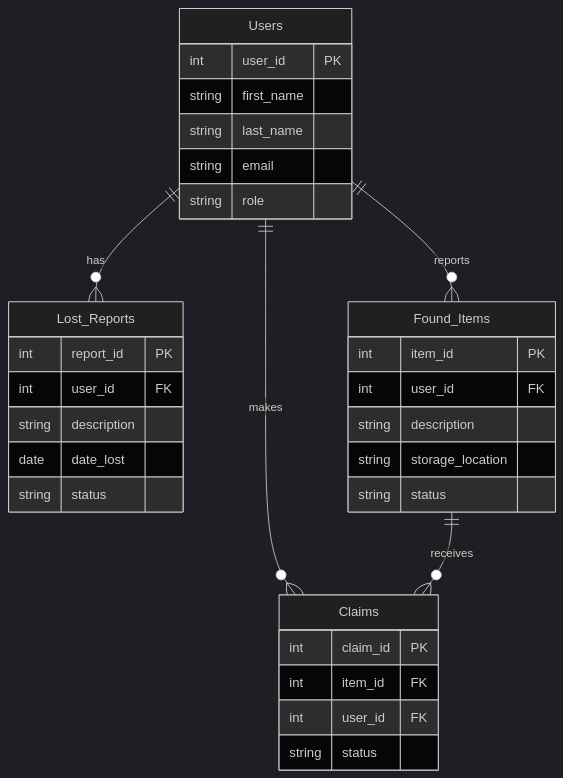
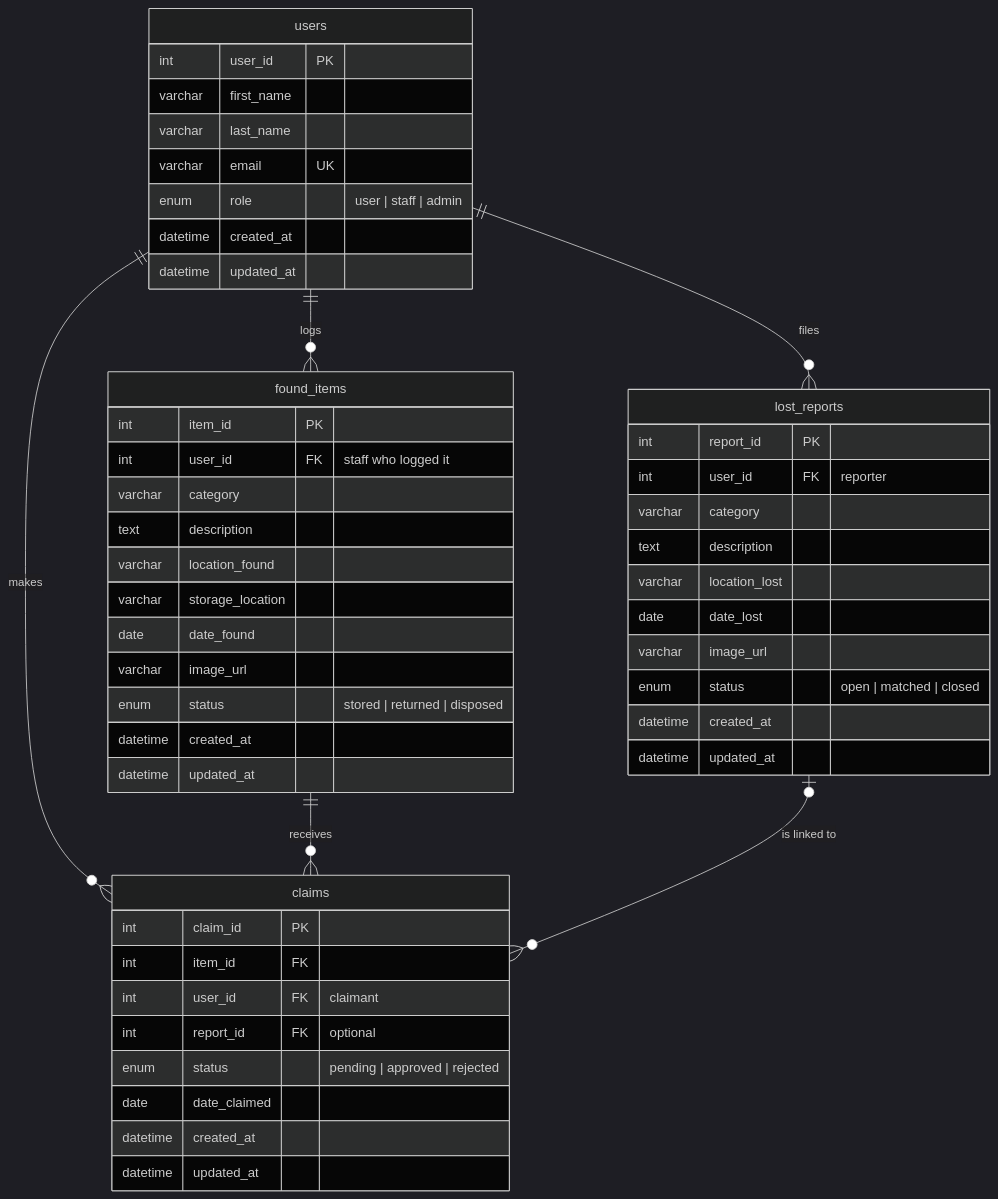
Before and after one commit to Kaigosama/Campus-Lost-and-Found-System: the diagram in README.md, drawn with Mermaid (dark theme). The commit also changed other lines of this file, not shown here.

Commit message:
docs(readme): replace initial ERD with the adopted schema

````diff
--- a/README.md
+++ b/README.md
@@ -90,39 +92,56 @@
 ```mermaid
 erDiagram
-    Users {
-        int user_id PK
-        string first_name
-        string last_name
-        string email
-        string role
+    users {
+        int      user_id     PK
+        varchar  first_name
+        varchar  last_name
+        varchar  email       UK
+        enum     role        "user | staff | admin"
+        datetime created_at
+        datetime updated_at
     }
 
-    Lost_Reports {
-        int report_id PK
-        int user_id FK
-        string description
-        date date_lost
-        string status
+    lost_reports {
+        int      report_id      PK
+        int      user_id        FK "reporter"
+        varchar  category
+        text     description
+        varchar  location_lost
+        date     date_lost
+        varchar  image_url
+        enum     status         "open | matched | closed"
+        datetime created_at
+        datetime updated_at
     }
 
-    Found_Items {
-        int item_id PK
-        int user_id FK
-        string description
-        string storage_location
-        string status
+    found_items {
+        int      item_id           PK
+        int      user_id           FK "staff who logged it"
+        varchar  category
+        text     description
+        varchar  location_found
+        varchar  storage_location
+        date     date_found
+        varchar  image_url
+        enum     status            "stored | returned | disposed"
+        datetime created_at
+        datetime updated_at
     }
 
-    Claims {
-        int claim_id PK
-        int item_id FK
-        int user_id FK
-        string status
+    claims {
+        int      claim_id      PK
+        int      item_id       FK
+        int      user_id       FK "claimant"
+        int      report_id     FK "optional"
+        enum     status        "pending | approved | rejected"
+        date     date_claimed
+        datetime created_at
+        datetime updated_at
     }
 
-    %% Relationships based on PK/FK pairs
-    Users ||--o{ Lost_Reports : "has"
-    Users ||--o{ Found_Items : "reports"
-    Users ||--o{ Claims : "makes"
-    Found_Items ||--o{ Claims : "receives"
+    users        ||--o{ lost_reports : "files"
+    users        ||--o{ found_items  : "logs"
+    users        ||--o{ claims       : "makes"
+    found_items  ||--o{ claims       : "receives"
+    lost_reports |o--o{ claims       : "is linked to"
 ```
````
